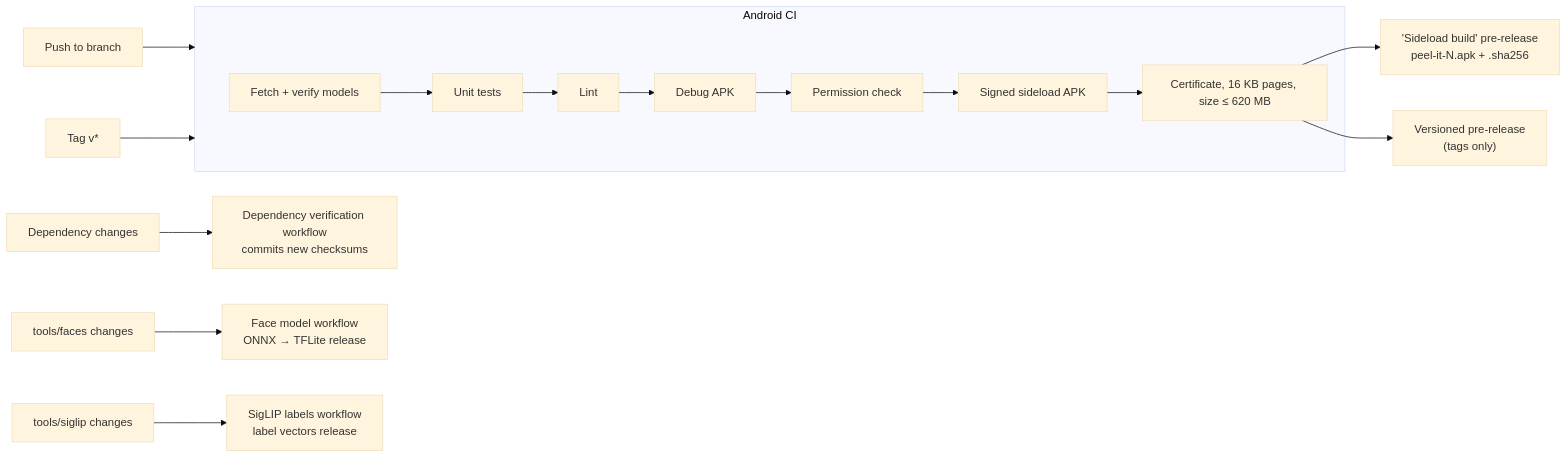
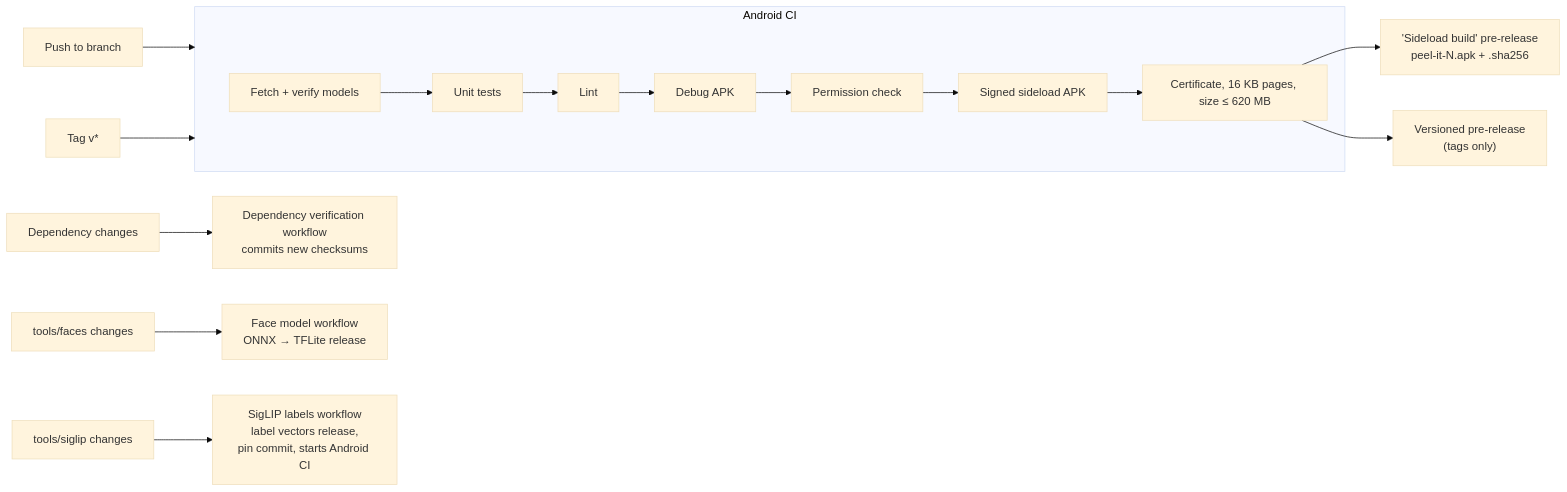
Before and after one commit to Eyal98/Whatsapp-sticker-finder: the seventh of 7 diagrams in docs/ARCHITECTURE.md, drawn with Mermaid (base theme). The commit also changed other lines of this file and 3 other files, not shown here.

First line of the commit message:
SigLIP labels: pin new label vectors automatically and start the app build

````diff
--- a/docs/ARCHITECTURE.md
+++ b/docs/ARCHITECTURE.md
@@ -284,15 +284,15 @@
 ```mermaid
 flowchart LR
     push[Push to branch] --> ci
     tag[Tag v*] --> ci
     subgraph ci[Android CI]
         fetch[Fetch + verify models] --> test[Unit tests] --> lint[Lint] --> debug[Debug APK] --> perm[Permission check]
         perm --> signed[Signed sideload APK]
         signed --> checks[Certificate, 16 KB pages, size ≤ 620 MB]
     end
     checks --> side["'Sideload build' pre-release<br/>peel-it-N.apk + .sha256"]
     checks --> alpha["Versioned pre-release<br/>(tags only)"]
     deps[Dependency changes] --> dv[Dependency verification workflow<br/>commits new checksums]
     tools1[tools/faces changes] --> fm[Face model workflow<br/>ONNX → TFLite release]
-    tools2[tools/siglip changes] --> sl[SigLIP labels workflow<br/>label vectors release]
+    tools2[tools/siglip changes] --> sl[SigLIP labels workflow<br/>label vectors release,<br/>pin commit, starts Android CI]
 ```
````
